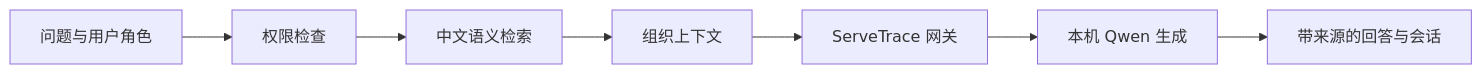
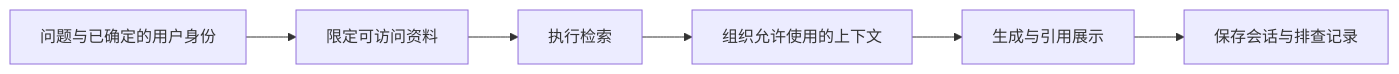
One commit to suiyisuixing/ai-product-portfolio changed the diagram in cases/appliedai-platform.md. Above: the diagram before and after it, drawn with Mermaid. The commit also changed other lines of this file and 13 other files, not shown here.

````diff
--- a/cases/appliedai-platform.md
+++ b/cases/appliedai-platform.md
@@ -31,9 +11,8 @@
 ```mermaid
 flowchart LR
-    A[问题与用户角色] --> B[权限检查]
-    B --> C[中文语义检索]
-    C --> D[组织上下文]
-    D --> E[ServeTrace 网关]
-    E --> F[本机 Qwen 生成]
-    F --> G[带来源的回答与会话]
+    A[问题与已确定的用户身份] --> B[限定可访问资料]
+    B --> C[执行检索]
+    C --> D[组织允许使用的上下文]
+    D --> E[生成与引用展示]
+    E --> F[保存会话与排查记录]
 ```
````
